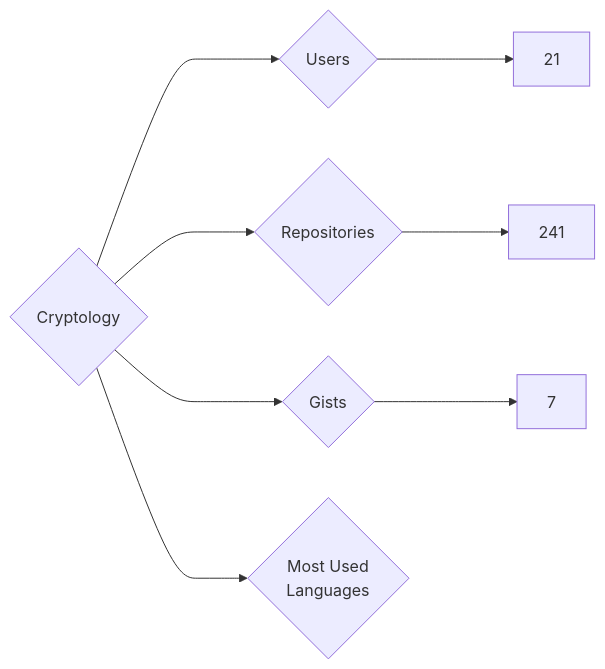
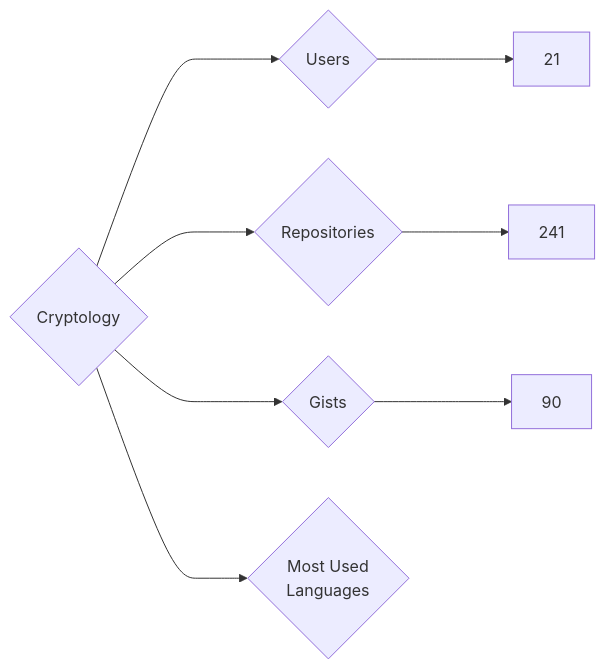
Before and after one commit to nenadzaric/insiders: the diagram in targets/Cryptology/README.md, drawn with Mermaid. The commit also changed 1342 other files, not shown here.

````diff
--- a/targets/Cryptology/README.md
+++ b/targets/Cryptology/README.md
@@ -3,8 +3,8 @@
 ```mermaid
 graph LR
 COMPANY_NAME{Cryptology}
 COMPANY_NAME ---> U{Users} ---> UN[21]
 COMPANY_NAME ---> R{Repositories} ---> RN[241]
-COMPANY_NAME ---> G{Gists} ---> GN[7]
+COMPANY_NAME ---> G{Gists} ---> GN[90]
 COMPANY_NAME ---> ML{Most Used<br>Languages}
 ```
````
